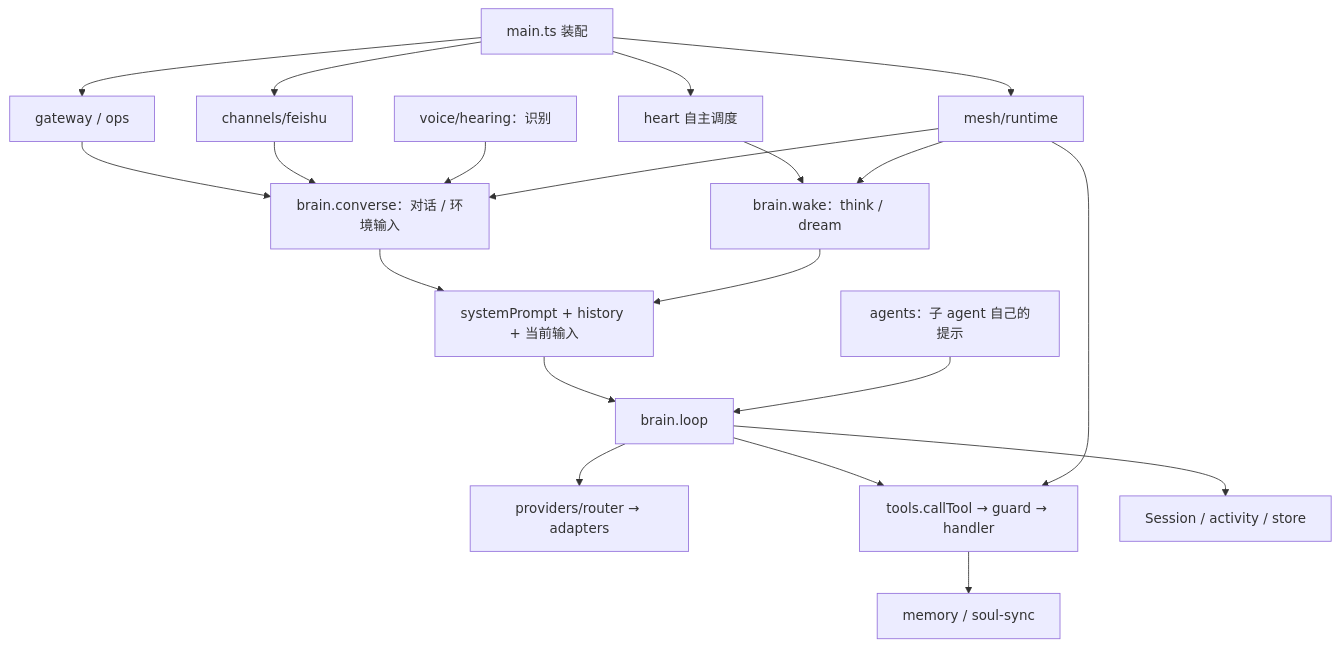
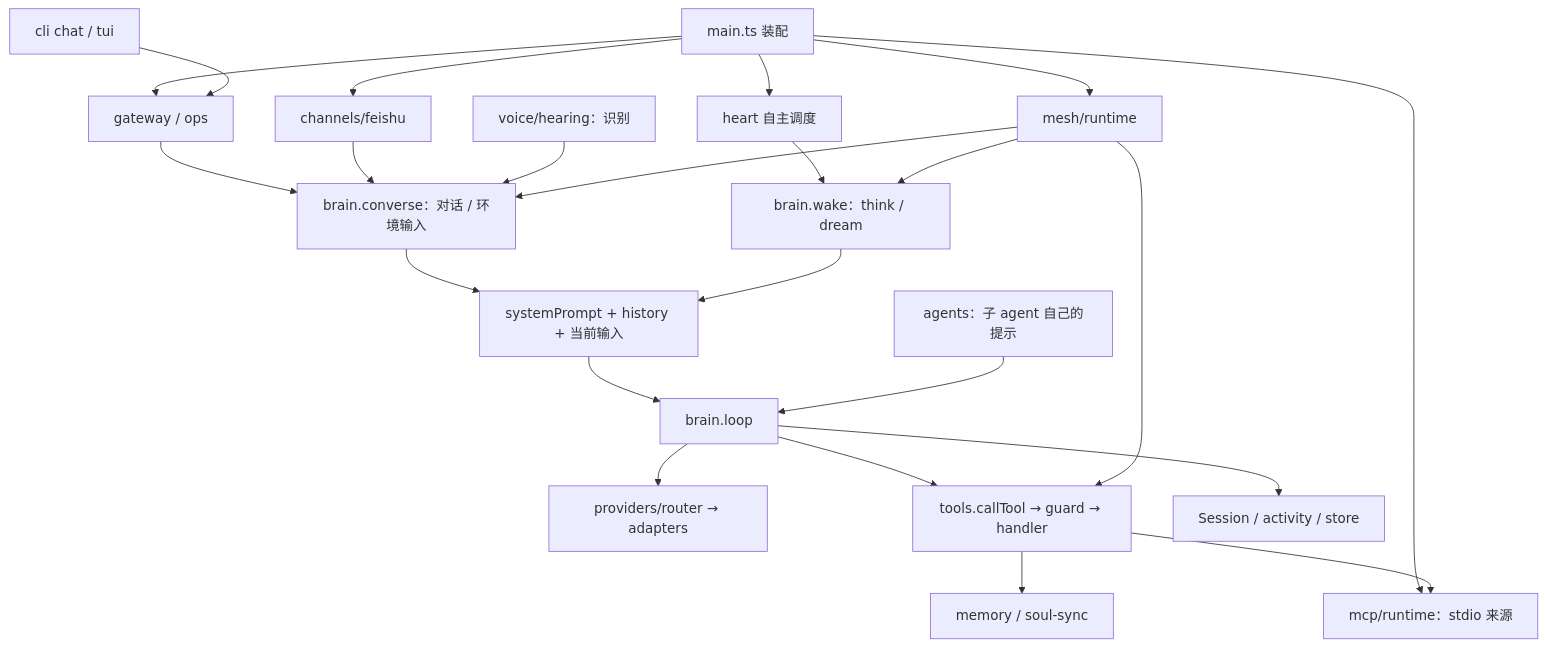
Before and after one commit to Causally-XYZ/Project.Quetzal: the diagram in docs/engine/MODULE_MAP.md, drawn with Mermaid. The commit also changed other lines of this file and 15 other files, not shown here.

Commit message:
同步内核后续切片现状路线图与整合验证证据

````diff
--- a/docs/engine/MODULE_MAP.md
+++ b/docs/engine/MODULE_MAP.md
@@ -36,22 +40,25 @@
 ```mermaid
 flowchart TD
   Main["main.ts 装配"] --> Heart["heart 自主调度"]
   Main --> Gateway["gateway / ops"]
   Main --> Feishu["channels/feishu"]
   Main --> Mesh["mesh/runtime"]
+  Main --> MCP["mcp/runtime：stdio 来源"]
+  TUI["cli chat / tui"] --> Gateway
   Heart --> Wake["brain.wake：think / dream"]
   Gateway --> Converse["brain.converse：对话 / 环境输入"]
   Feishu --> Converse
   Hearing["voice/hearing：识别"] --> Converse
   Converse --> Prompt["systemPrompt + history + 当前输入"]
   Wake --> Prompt
   Prompt --> Loop["brain.loop"]
   Agent["agents：子 agent 自己的提示"] --> Loop
   Loop --> Router["providers/router → adapters"]
   Loop --> Tools["tools.callTool → guard → handler"]
   Tools --> Memory["memory / soul-sync"]
+  Tools --> MCP
   Loop --> Activity["Session / activity / store"]
   Mesh --> Converse
   Mesh --> Wake
   Mesh --> Tools
 ```
````
